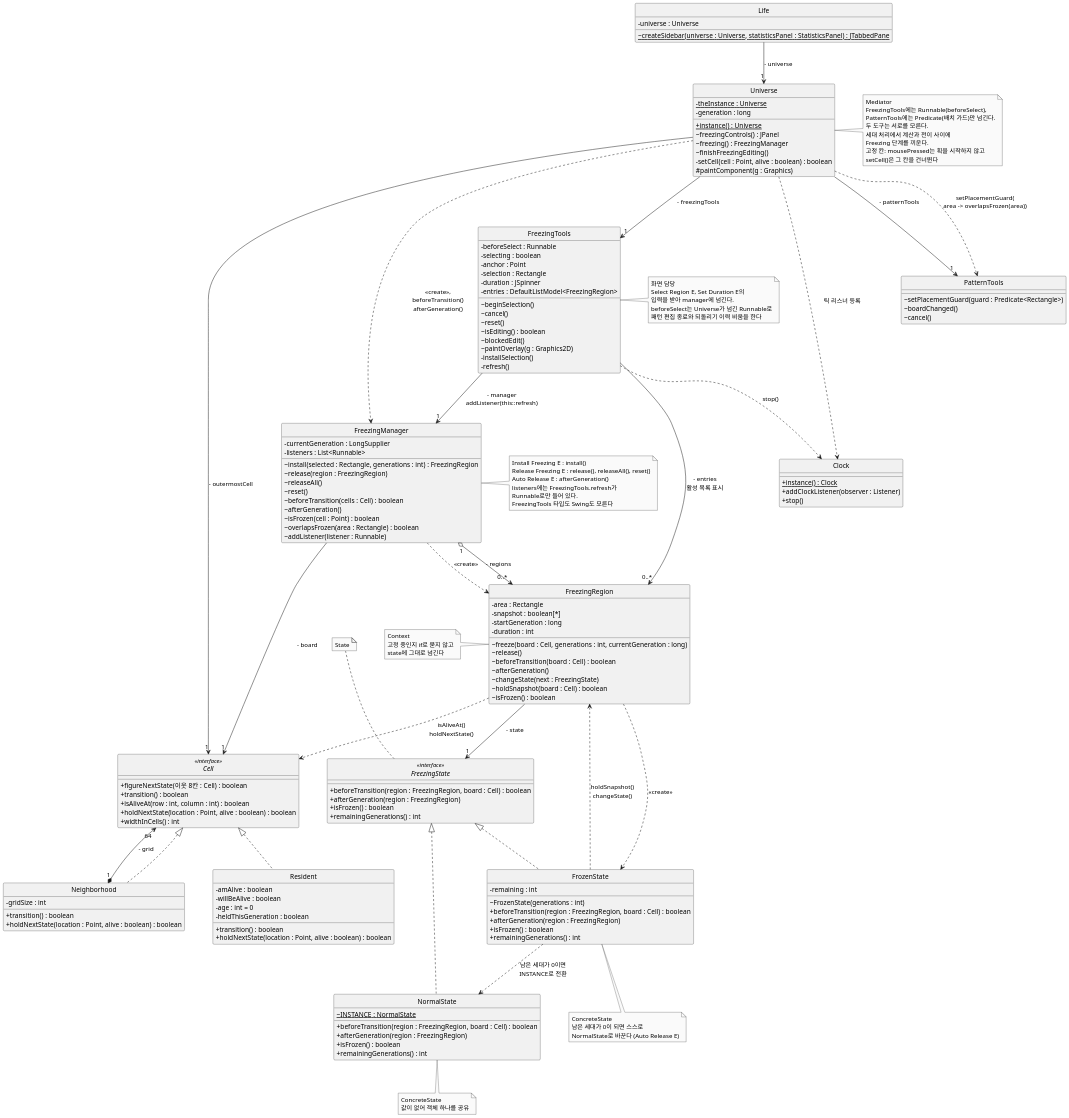
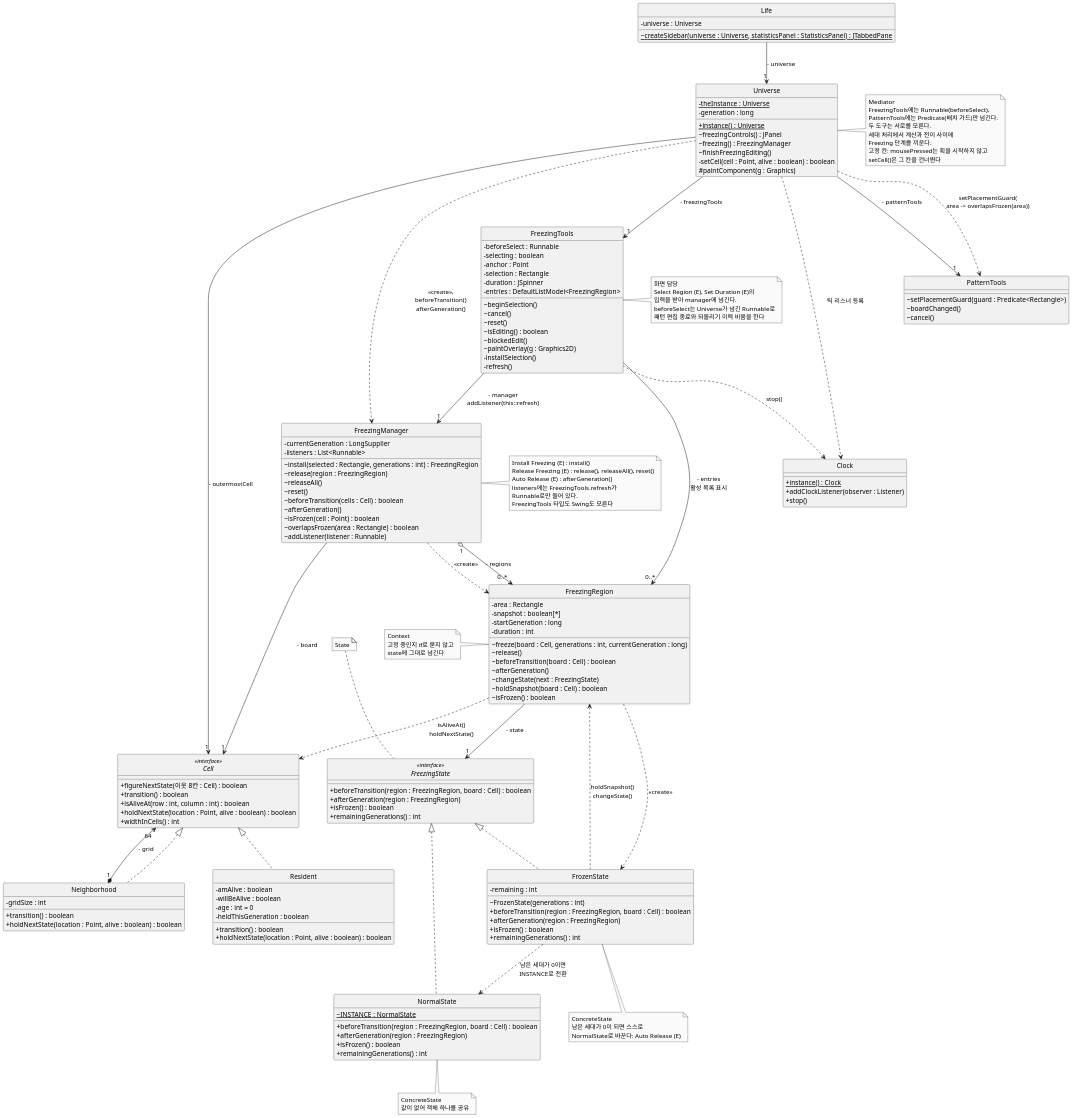
Before and after one commit to mckimR1972/DP_team_project: the diagram in docs/freezing/diagram/class-freezing.puml, drawn with PlantUML. The commit also changed 16 other files, not shown here.

```diff
--- a/docs/freezing/diagram/class-freezing.puml
+++ b/docs/freezing/diagram/class-freezing.puml
@@ -1,195 +1,195 @@
 @startuml class-freezing
 skinparam monochrome true
 skinparam dpi 150
 skinparam shadowing false
 skinparam defaultFontName "Malgun Gothic"
 skinparam classAttributeIconSize 0
 hide circle
 skinparam ranksep 70
 skinparam nodesep 60
 
 interface Cell <<interface>> {
   + figureNextState(이웃 8칸 : Cell) : boolean
   + transition() : boolean
   + isAliveAt(row : int, column : int) : boolean
   + holdNextState(location : Point, alive : boolean) : boolean
   + widthInCells() : int
 }
 
 class Neighborhood {
   - gridSize : int
   + transition() : boolean
   + holdNextState(location : Point, alive : boolean) : boolean
 }
 
 class Resident {
   - amAlive : boolean
   - willBeAlive : boolean
   - age : int = 0
   - heldThisGeneration : boolean
   + transition() : boolean
   + holdNextState(location : Point, alive : boolean) : boolean
 }
 
 class Universe {
   - {static} theInstance : Universe
   - generation : long
   + {static} instance() : Universe
   ~ freezingControls() : JPanel
   ~ freezing() : FreezingManager
   ~ finishFreezingEditing()
   - setCell(cell : Point, alive : boolean) : boolean
   # paintComponent(g : Graphics)
 }
 
 class Clock {
   + {static} instance() : Clock
   + addClockListener(observer : Listener)
   + stop()
 }
 
 class Life {
   - universe : Universe
   ~ {static} createSidebar(universe : Universe, statisticsPanel : StatisticsPanel) : JTabbedPane
 }
 
 class PatternTools {
   ~ setPlacementGuard(guard : Predicate<Rectangle>)
   ~ boardChanged()
   ~ cancel()
 }
 
 class FreezingTools {
   - beforeSelect : Runnable
   - selecting : boolean
   - anchor : Point
   - selection : Rectangle
   - duration : JSpinner
   - entries : DefaultListModel<FreezingRegion>
   ~ beginSelection()
   ~ cancel()
   ~ reset()
   ~ isEditing() : boolean
   ~ blockedEdit()
   ~ paintOverlay(g : Graphics2D)
   - installSelection()
   - refresh()
 }
 
 class FreezingManager {
   - currentGeneration : LongSupplier
   - listeners : List<Runnable>
   ~ install(selected : Rectangle, generations : int) : FreezingRegion
   ~ release(region : FreezingRegion)
   ~ releaseAll()
   ~ reset()
   ~ beforeTransition(cells : Cell) : boolean
   ~ afterGeneration()
   ~ isFrozen(cell : Point) : boolean
   ~ overlapsFrozen(area : Rectangle) : boolean
   ~ addListener(listener : Runnable)
 }
 
 class FreezingRegion {
   - area : Rectangle
   - snapshot : boolean[*]
   - startGeneration : long
   - duration : int
   ~ freeze(board : Cell, generations : int, currentGeneration : long)
   ~ release()
   ~ beforeTransition(board : Cell) : boolean
   ~ afterGeneration()
   ~ changeState(next : FreezingState)
   ~ holdSnapshot(board : Cell) : boolean
   ~ isFrozen() : boolean
 }
 
 interface FreezingState <<interface>> {
   + beforeTransition(region : FreezingRegion, board : Cell) : boolean
   + afterGeneration(region : FreezingRegion)
   + isFrozen() : boolean
   + remainingGenerations() : int
 }
 
 class NormalState {
   ~ {static} INSTANCE : NormalState
   + beforeTransition(region : FreezingRegion, board : Cell) : boolean
   + afterGeneration(region : FreezingRegion)
   + isFrozen() : boolean
   + remainingGenerations() : int
 }
 
 class FrozenState {
   - remaining : int
   ~ FrozenState(generations : int)
   + beforeTransition(region : FreezingRegion, board : Cell) : boolean
   + afterGeneration(region : FreezingRegion)
   + isFrozen() : boolean
   + remainingGenerations() : int
 }
 
 Cell <|.. Neighborhood
 Cell <|.. Resident
 Neighborhood "1" *-up-> "64" Cell : - grid
 
 Life --> "1" Universe : - universe
 Universe --> "1" Cell : - outermostCell
 Universe --> "1" FreezingTools : - freezingTools
 Universe --> "1" PatternTools : - patternTools
 Universe ..> Clock : 틱 리스너 등록
 Universe ..> FreezingManager : <<create>>,\nbeforeTransition()\nafterGeneration()
 Universe ..> PatternTools : setPlacementGuard(\narea -> overlapsFrozen(area))
 
 FreezingTools --> "1" FreezingManager : - manager\naddListener(this::refresh)
 FreezingTools --> "0..*" FreezingRegion : - entries\n활성 목록 표시
 FreezingTools ..> Clock : stop()
 FreezingManager "1" o--> "0..*" FreezingRegion : - regions
 FreezingManager ..> FreezingRegion : <<create>>
 FreezingManager --> "1" Cell : - board
 
 FreezingRegion --> "1" FreezingState : - state
 FreezingRegion ..> Cell : isAliveAt()\nholdNextState()
 FreezingRegion ..> FrozenState : <<create>>
 FreezingState <|.. NormalState
 FreezingState <|.. FrozenState
 FrozenState ..> FreezingRegion : holdSnapshot()\nchangeState()
 FrozenState ..> NormalState : 남은 세대가 0이면\nINSTANCE로 전환
 
 note top of FreezingState : State
 note bottom of NormalState : ConcreteState\n값이 없어 객체 하나를 공유
 note bottom of FrozenState
   ConcreteState
   남은 세대가 0이 되면 스스로
-  NormalState로 바꾼다 (Auto Release E)
+  NormalState로 바꾼다: Auto Release (E)
 end note
 note left of FreezingRegion
   Context
   고정 중인지 if로 묻지 않고
   state에 그대로 넘긴다
 end note
 note right of FreezingTools
   화면 담당
-  Select Region E, Set Duration E의
+  Select Region (E), Set Duration (E)의
   입력을 받아 manager에 넘긴다.
   beforeSelect는 Universe가 넘긴 Runnable로
   패턴 편집 종료와 되돌리기 이력 비움을 한다
 end note
 note right of FreezingManager
-  Install Freezing E : install()
-  Release Freezing E : release(), releaseAll(), reset()
-  Auto Release E : afterGeneration()
+  Install Freezing (E) : install()
+  Release Freezing (E) : release(), releaseAll(), reset()
+  Auto Release (E) : afterGeneration()
   listeners에는 FreezingTools.refresh가
   Runnable로만 들어 있다.
   FreezingTools 타입도 Swing도 모른다
 end note
 note right of Universe
   Mediator
   FreezingTools에는 Runnable(beforeSelect),
   PatternTools에는 Predicate(배치 가드)만 넘긴다.
   두 도구는 서로를 모른다.
   세대 처리에서 계산과 전이 사이에
   Freezing 단계를 끼운다.
   고정 칸: mousePressed는 획을 시작하지 않고
   setCell()은 그 칸을 건너뛴다
 end note
 @enduml
```
